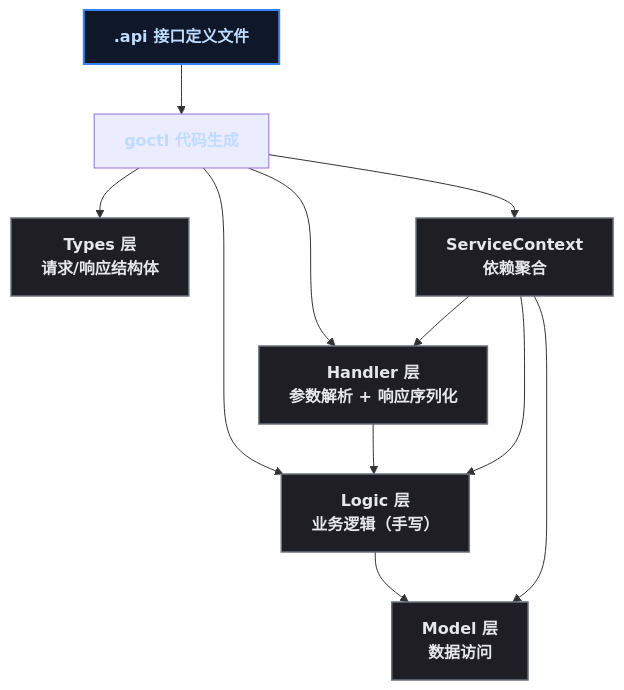
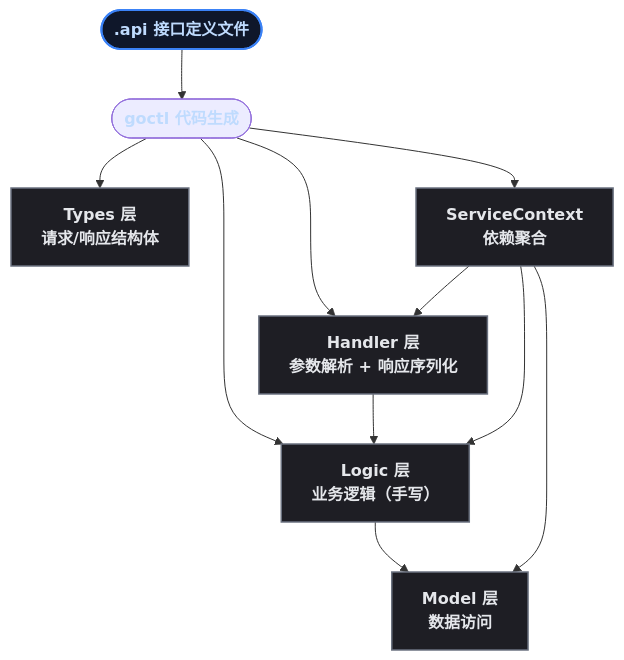
The third of 4 diagrams in content/posts/go/GoWebDevelopment.md (yaocat55/yaocat55.github.io), drawn with Mermaid before and after one commit. The commit also changed other lines of this file and 14 other files, not shown here.

````diff
--- a/content/posts/go/GoWebDevelopment.md
+++ b/content/posts/go/GoWebDevelopment.md
@@ -351,22 +351,22 @@
 ```mermaid
 flowchart TD
-    APIFile[".api 接口定义文件"] --> Goctl["goctl 代码生成"]
+    APIFile([".api 接口定义文件"]) --> Goctl(["goctl 代码生成"])
     Goctl --> Handler["Handler 层\n参数解析 + 响应序列化"]
     Goctl --> Logic["Logic 层\n业务逻辑（手写）"]
     Goctl --> Types["Types 层\n请求/响应结构体"]
     Goctl --> SVC["ServiceContext\n依赖聚合"]
 
     Handler --> Logic
     Logic --> Model["Model 层\n数据访问"]
     SVC --> Handler
     SVC --> Logic
     SVC --> Model
 
 classDef root fill:#0f172a,stroke:#3b82f6,stroke-width:2px,color:#bfdbfe,font-weight:bold;
 classDef process fill:#1e1e24,stroke:#6b7280,stroke-width:1.5px,color:#e5e7eb;
 classDef highlight fill:#450a0a,stroke:#dc2626,stroke-width:1.5px,color:#fecaca,font-weight:bold;
 
     class APIFile,GOctl root
     class Handler,Logic,Types,SVC process
     class Model process
 ```
````
